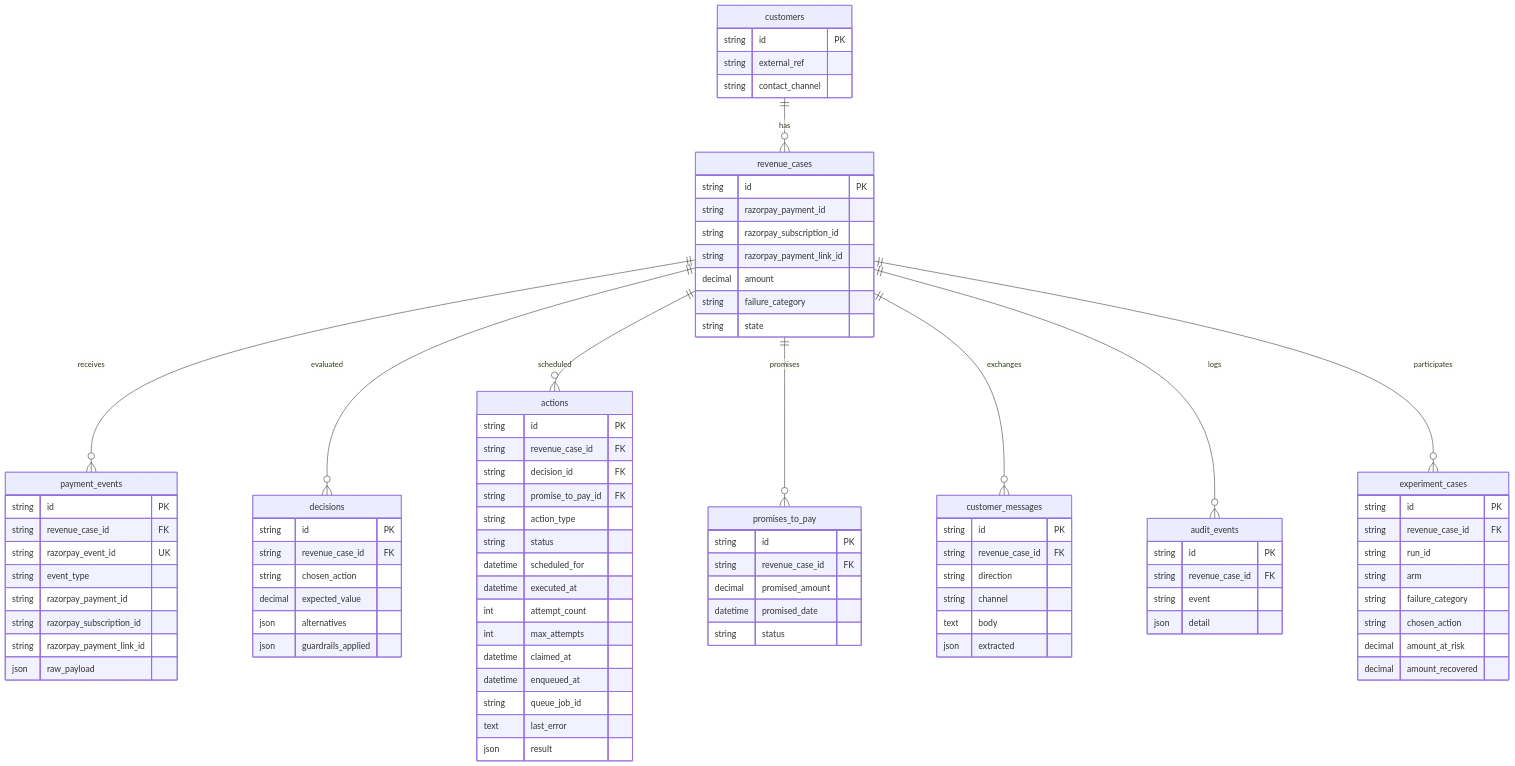
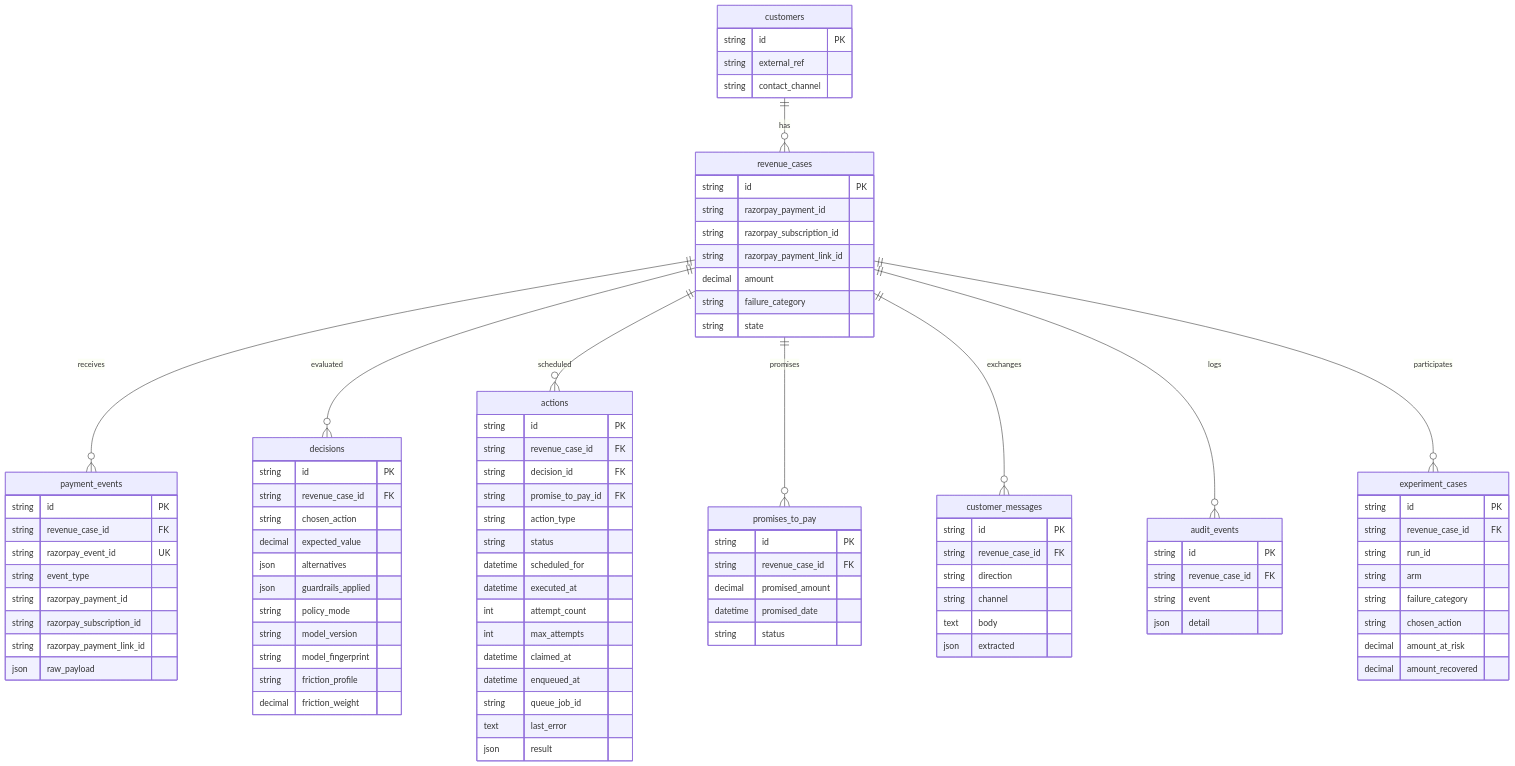
Before and after one commit to arulx06/Recovery_OS: the fourth of 4 diagrams in ARCHITECTURE.md, drawn with Mermaid. The commit also changed other lines of this file and 32 other files, not shown here.

Commit message:
feat: add friction-aware adaptive recovery policy

```diff
--- a/ARCHITECTURE.md
+++ b/ARCHITECTURE.md
@@ -222,6 +225,11 @@
         decimal expected_value
         json alternatives
         json guardrails_applied
+        string policy_mode
+        string model_version
+        string model_fingerprint
+        string friction_profile
+        decimal friction_weight
     }
     actions {
         string id PK
```
